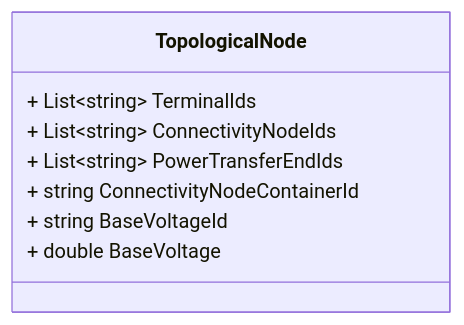
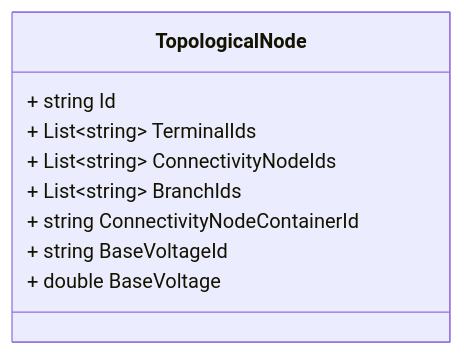
One commit to zaphiro-technologies/protobuf changed the second of 5 diagrams in docs/topology.proto.md. Above: the diagram before and after it, drawn with Mermaid. The commit also changed other lines of this file and 4 other files, not shown here.

````diff
--- a/docs/topology.proto.md
+++ b/docs/topology.proto.md
@@ -47,18 +47,19 @@
 ```mermaid
 classDiagram
 direction LR
 
 %% A topology Node information.
 %% * To be used in ComputedTopology message.
 %% 
 
 class TopologicalNode {
+  + string Id
   + List~string~ TerminalIds
   + List~string~ ConnectivityNodeIds
-  + List~string~ PowerTransferEndIds
+  + List~string~ BranchIds
   + string ConnectivityNodeContainerId
   + string BaseVoltageId
   + double BaseVoltage
 }
 
 ```
````
